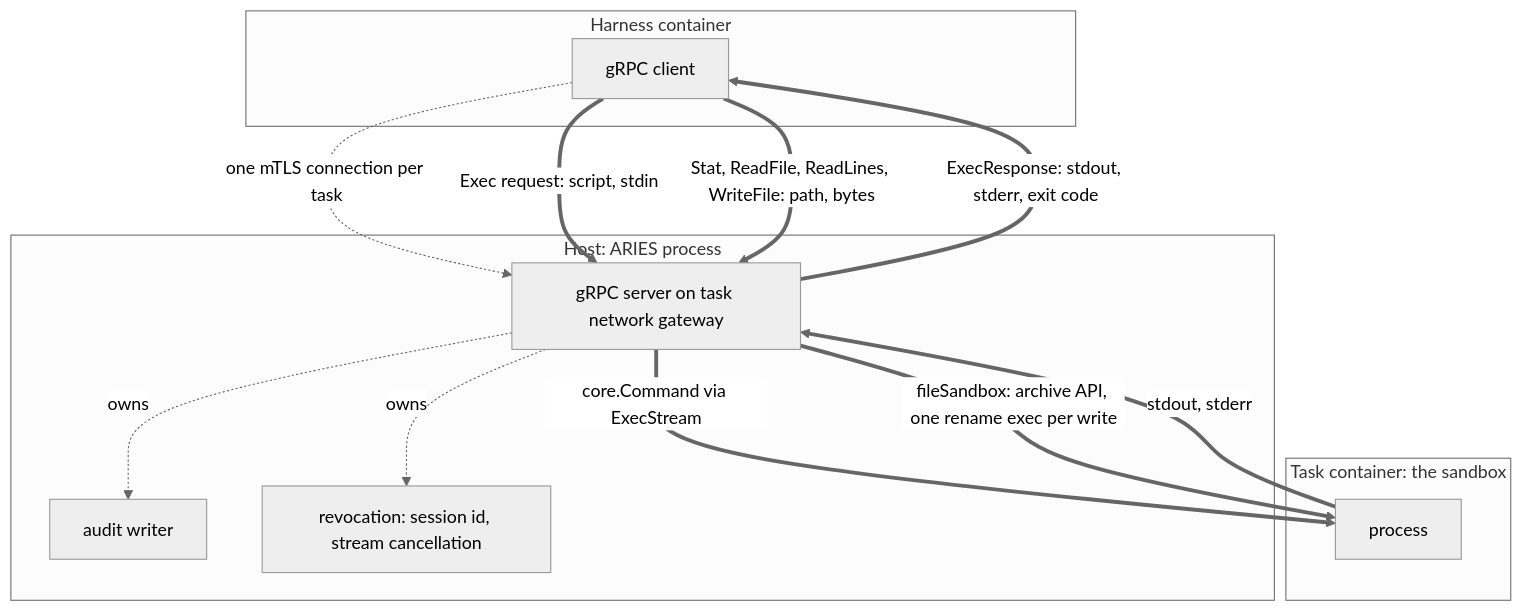
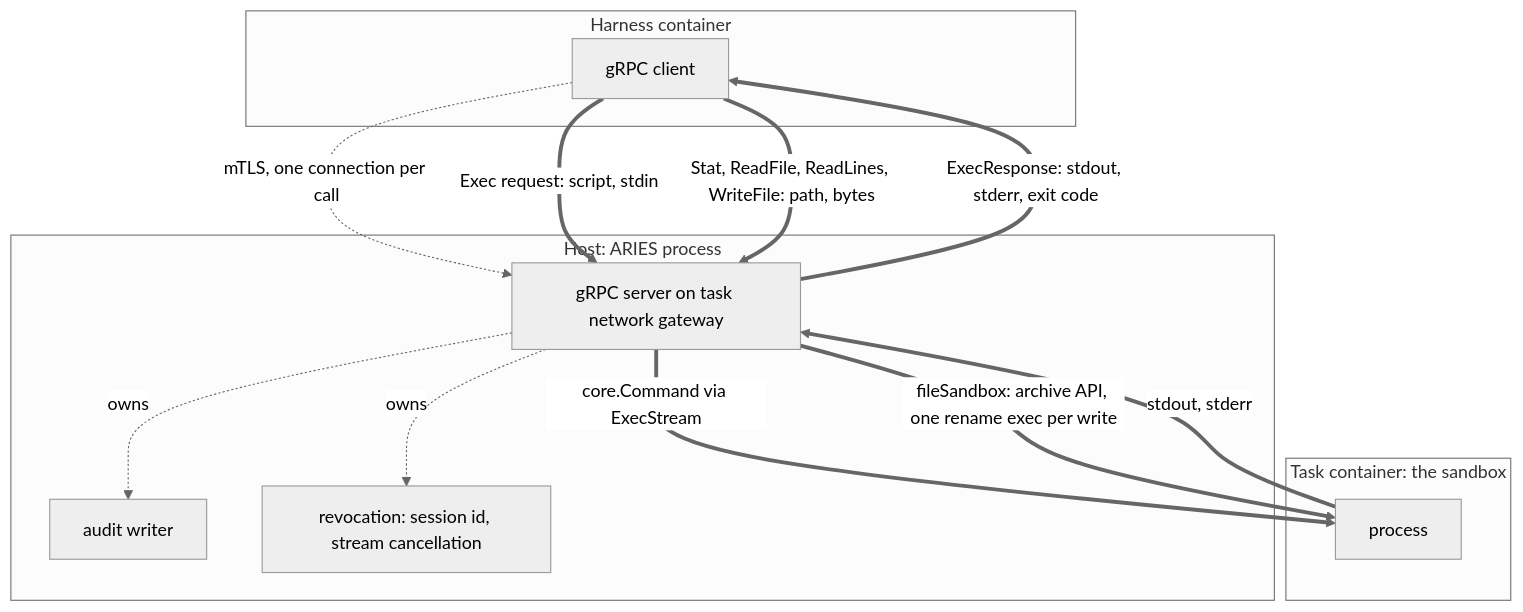
Before and after one commit to hyscale-lab/ARIES: the diagram in docs/design/grpc-bridge.md, drawn with Mermaid (neutral theme). The commit also changed other lines of this file, not shown here.

````diff
--- a/docs/design/grpc-bridge.md
+++ b/docs/design/grpc-bridge.md
@@ -23,27 +23,27 @@
 ```mermaid
 flowchart TB
     subgraph H["Harness container"]
         C["gRPC client"]
     end
 
     subgraph P["Host: ARIES process"]
         G["gRPC server on task network gateway"]
         A["audit writer"]
         R["revocation: session id, stream cancellation"]
     end
 
     subgraph S["Task container: the sandbox"]
         T["process"]
     end
 
-    C -. one mTLS connection per task .-> G
+    C -. mTLS, one connection per call .-> G
     G -. owns .-> A
     G -. owns .-> R
 
     C ==>|Exec request: script, stdin| G
     G ==>|core.Command via ExecStream| T
     T ==>|stdout, stderr| G
     G ==>|ExecResponse: stdout, stderr, exit code| C
     C ==>|Stat, ReadFile, ReadLines, WriteFile: path, bytes| G
     G ==>|fileSandbox: archive API, one rename exec per write| T
 ```
````
